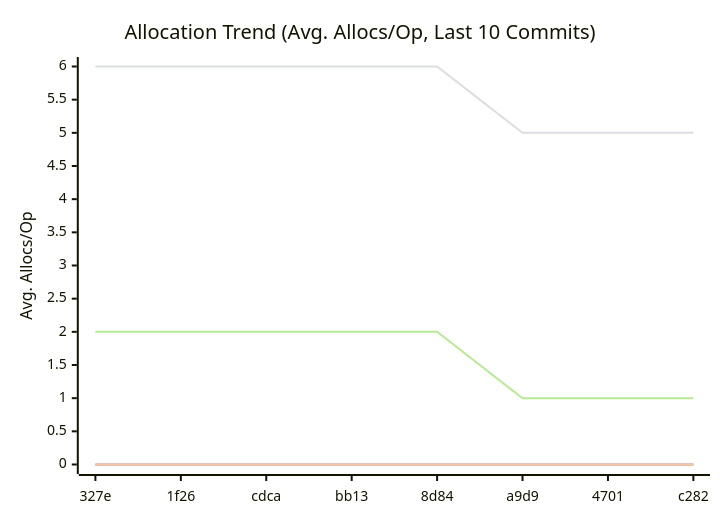
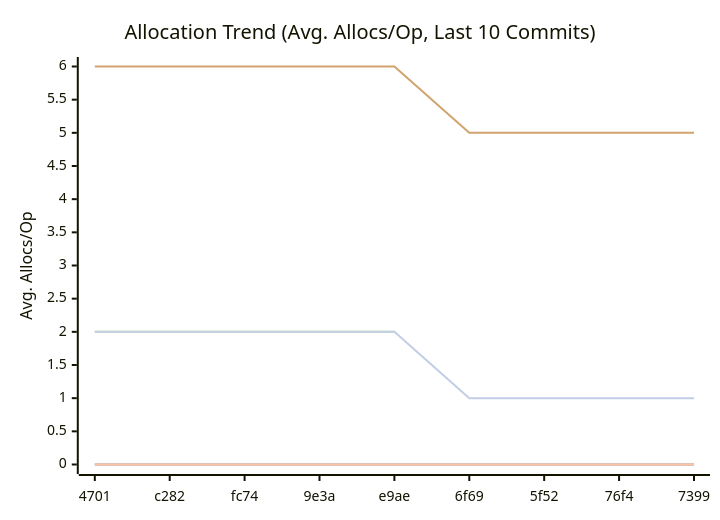
One commit to alsotoes/momo changed the third of 3 diagrams in doc/README.md. Above: the diagram before and after it, drawn with Mermaid. The commit also changed other lines of this file and 59 other files, not shown here.

````diff
--- a/doc/README.md
+++ b/doc/README.md
@@ -322,12 +326,14 @@
 ```mermaid
 xychart-beta
     title "Allocation Trend (Avg. Allocs/Op, Last 10 Commits)"
     x-axis "Commit"
     y-axis "Avg. Allocs/Op"
-    x-axis [327e,1f26,cdca,bb13,8d84,a9d9,4701,c282]
+    x-axis [4701,c282,fc74,9e3a,e9ae,6f69,5f52,76f4,7399]
     line "CheckMetricsAndSwap" [0,0,0,0,0,0,0,0,0,0]
     line "IndexDirectTracking" [0,0,0,0,0,0,0,0,0,0]
     line "IndexSearch" [0,0,0,0,0,0,0,0,0,0]
-    line "ParseReplicationOrder_NoPrealloc" [6,6,6,6,6,5,5,5]
-    line "ParseReplicationOrder_Prealloc" [2,2,2,2,2,1,1,1]
+    line "LoadGlobalConfig" [2]
+    line "PadString" [2,2,2,2,2]
+    line "ParseReplicationOrder_NoPrealloc" [6,6,6,6,6,5,5,5,5,5]
+    line "ParseReplicationOrder_Prealloc" [2,2,2,2,2,1,1,1,1,1]
 ```
````
